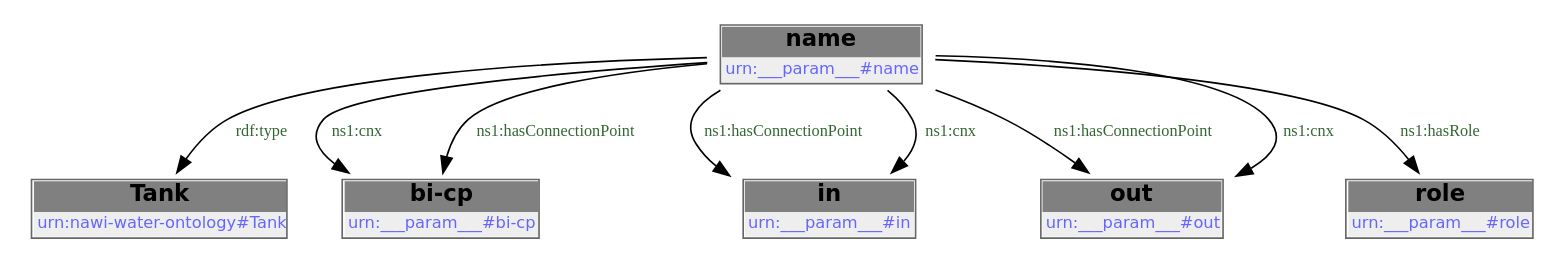
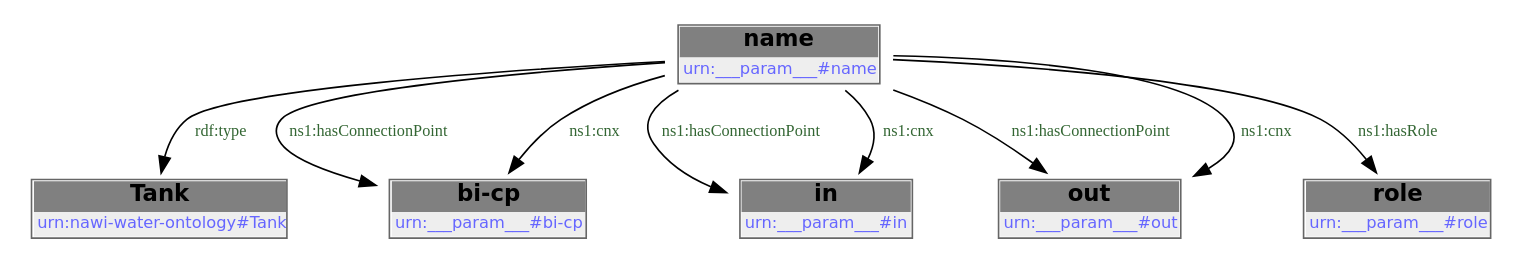
Before and after one commit to DataDrivenCPS/water-ontology: the first of 2 diagrams in docs/libraries/templates/tank.rst, drawn with Graphviz. The commit also changed other lines of this file and 33 other files, not shown here.

```diff
--- a/docs/libraries/templates/tank.rst
+++ b/docs/libraries/templates/tank.rst
@@ -95,19 +95,19 @@
         .. graphviz::
 
                 digraph G {
             node [fontname="DejaVu Sans"];
             node0 -> node1 [color=BLACK, label=< <font point-size='10' color='#336633'>rdf:type</font> >];
+            node0 -> node2 [color=BLACK, label=< <font point-size='10' color='#336633'>ns1:hasConnectionPoint</font> >];
+            node0 -> node3 [color=BLACK, label=< <font point-size='10' color='#336633'>ns1:hasConnectionPoint</font> >];
+            node0 -> node4 [color=BLACK, label=< <font point-size='10' color='#336633'>ns1:hasConnectionPoint</font> >];
+            node0 -> node5 [color=BLACK, label=< <font point-size='10' color='#336633'>ns1:hasRole</font> >];
+            node0 -> node3 [color=BLACK, label=< <font point-size='10' color='#336633'>ns1:cnx</font> >];
             node0 -> node2 [color=BLACK, label=< <font point-size='10' color='#336633'>ns1:cnx</font> >];
-            node0 -> node3 [color=BLACK, label=< <font point-size='10' color='#336633'>ns1:hasConnectionPoint</font> >];
-            node0 -> node3 [color=BLACK, label=< <font point-size='10' color='#336633'>ns1:cnx</font> >];
-            node0 -> node4 [color=BLACK, label=< <font point-size='10' color='#336633'>ns1:hasConnectionPoint</font> >];
             node0 -> node4 [color=BLACK, label=< <font point-size='10' color='#336633'>ns1:cnx</font> >];
-            node0 -> node5 [color=BLACK, label=< <font point-size='10' color='#336633'>ns1:hasRole</font> >];
-            node0 -> node2 [color=BLACK, label=< <font point-size='10' color='#336633'>ns1:hasConnectionPoint</font> >];
             node0 [shape=none, color=black, label=< <table color='#666666' cellborder='0' cellspacing='0' border='1'><tr><td colspan='2' bgcolor='grey'><B>name</B></td></tr><tr><td href='urn:___param___#name' bgcolor='#eeeeee' colspan='2'><font point-size='10' color='#6666ff'>urn:___param___#name</font></td></tr></table> >];
             node1 [shape=none, color=black, label=< <table color='#666666' cellborder='0' cellspacing='0' border='1'><tr><td colspan='2' bgcolor='grey'><B>Tank</B></td></tr><tr><td href='urn:nawi-water-ontology#Tank' bgcolor='#eeeeee' colspan='2'><font point-size='10' color='#6666ff'>urn:nawi-water-ontology#Tank</font></td></tr></table> >];
             node2 [shape=none, color=black, label=< <table color='#666666' cellborder='0' cellspacing='0' border='1'><tr><td colspan='2' bgcolor='grey'><B>bi-cp</B></td></tr><tr><td href='urn:___param___#bi-cp' bgcolor='#eeeeee' colspan='2'><font point-size='10' color='#6666ff'>urn:___param___#bi-cp</font></td></tr></table> >];
             node3 [shape=none, color=black, label=< <table color='#666666' cellborder='0' cellspacing='0' border='1'><tr><td colspan='2' bgcolor='grey'><B>in</B></td></tr><tr><td href='urn:___param___#in' bgcolor='#eeeeee' colspan='2'><font point-size='10' color='#6666ff'>urn:___param___#in</font></td></tr></table> >];
             node4 [shape=none, color=black, label=< <table color='#666666' cellborder='0' cellspacing='0' border='1'><tr><td colspan='2' bgcolor='grey'><B>out</B></td></tr><tr><td href='urn:___param___#out' bgcolor='#eeeeee' colspan='2'><font point-size='10' color='#6666ff'>urn:___param___#out</font></td></tr></table> >];
             node5 [shape=none, color=black, label=< <table color='#666666' cellborder='0' cellspacing='0' border='1'><tr><td colspan='2' bgcolor='grey'><B>role</B></td></tr><tr><td href='urn:___param___#role' bgcolor='#eeeeee' colspan='2'><font point-size='10' color='#6666ff'>urn:___param___#role</font></td></tr></table> >];
             }
```
